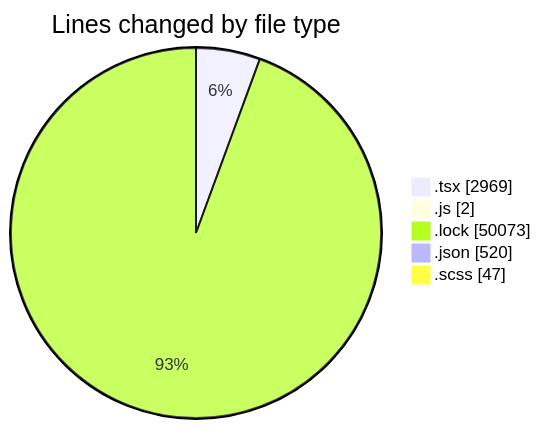
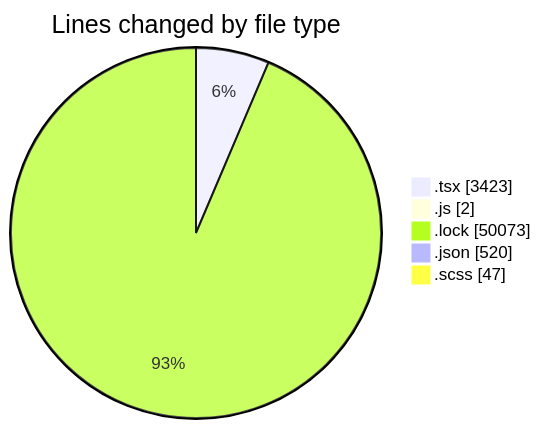
The first of 2 diagrams in 2026-05-15/cda/README.md (momahboobian/code-tracking), drawn with Mermaid before and after one commit. The commit also changed other lines of this file and 1 other file, not shown here.

````diff
--- a/2026-05-15/cda/README.md
+++ b/2026-05-15/cda/README.md
@@ -44,9 +45,9 @@
 ```mermaid
 pie showData
 title Lines changed by file type
-".tsx" : 2969
+".tsx" : 3423
 ".js" : 2
 ".lock" : 50073
 ".json" : 520
 ".scss" : 47
 ```
````
